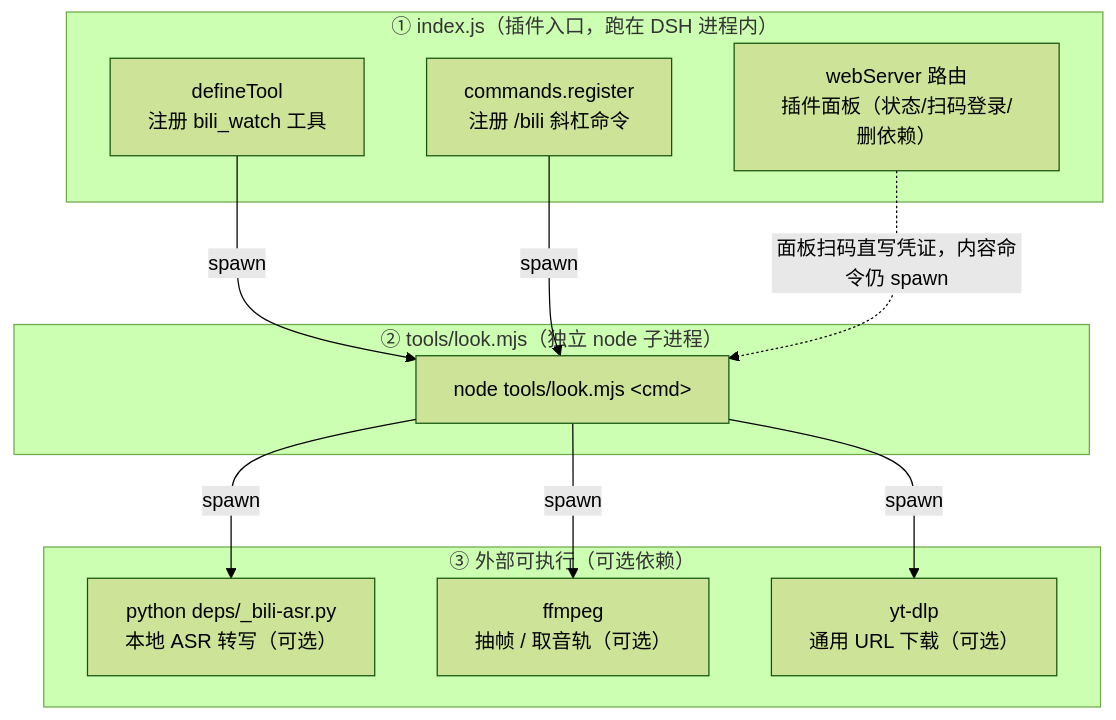
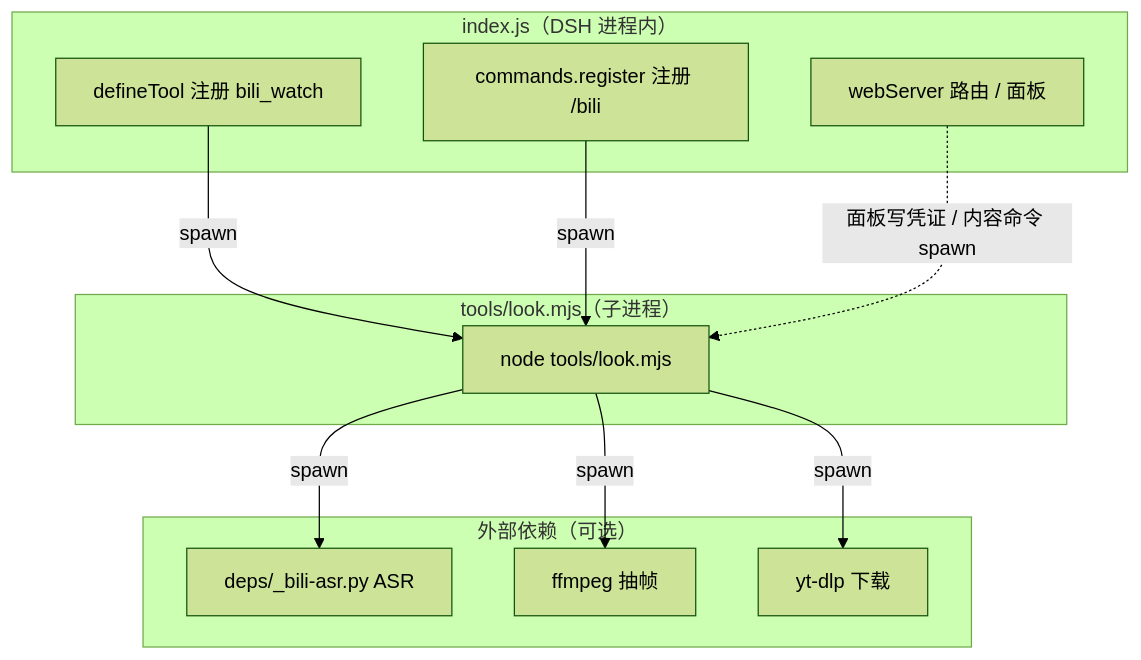
Before and after one commit to Sacredbluedragon/dsh-bili-watch: the diagram in README.md, drawn with Mermaid (forest theme). The commit also changed other lines of this file and 7 other files, not shown here.

````diff
--- a/README.md
+++ b/README.md
@@ -52,22 +250,22 @@
 ```mermaid
 flowchart TD
-    subgraph L1["① index.js（插件入口，跑在 DSH 进程内）"]
-        DT["defineTool<br/>注册 bili_watch 工具"]
-        CR["commands.register<br/>注册 /bili 斜杠命令"]
-        WS["webServer 路由<br/>插件面板（状态/扫码登录/删依赖）"]
+    subgraph L1["index.js（DSH 进程内）"]
+        DT["defineTool 注册 bili_watch"]
+        CR["commands.register 注册 /bili"]
+        WS["webServer 路由 / 面板"]
     end
-    subgraph L2["② tools/look.mjs（独立 node 子进程）"]
-        LOOK["node tools/look.mjs &lt;cmd&gt;"]
+    subgraph L2["tools/look.mjs（子进程）"]
+        LOOK["node tools/look.mjs <cmd>"]
     end
-    subgraph L3["③ 外部可执行（可选依赖）"]
-        PY["python deps/_bili-asr.py<br/>本地 ASR 转写（可选）"]
-        FF["ffmpeg<br/>抽帧 / 取音轨（可选）"]
-        YT["yt-dlp<br/>通用 URL 下载（可选）"]
+    subgraph L3["外部依赖（可选）"]
+        PY["deps/_bili-asr.py ASR"]
+        FF["ffmpeg 抽帧"]
+        YT["yt-dlp 下载"]
     end
     DT -->|spawn| LOOK
     CR -->|spawn| LOOK
-    WS -.->|面板扫码直写凭证，内容命令仍 spawn| LOOK
+    WS -.->|面板写凭证 / 内容命令 spawn| LOOK
     LOOK -->|spawn| PY
     LOOK -->|spawn| FF
     LOOK -->|spawn| YT
 ```
````
